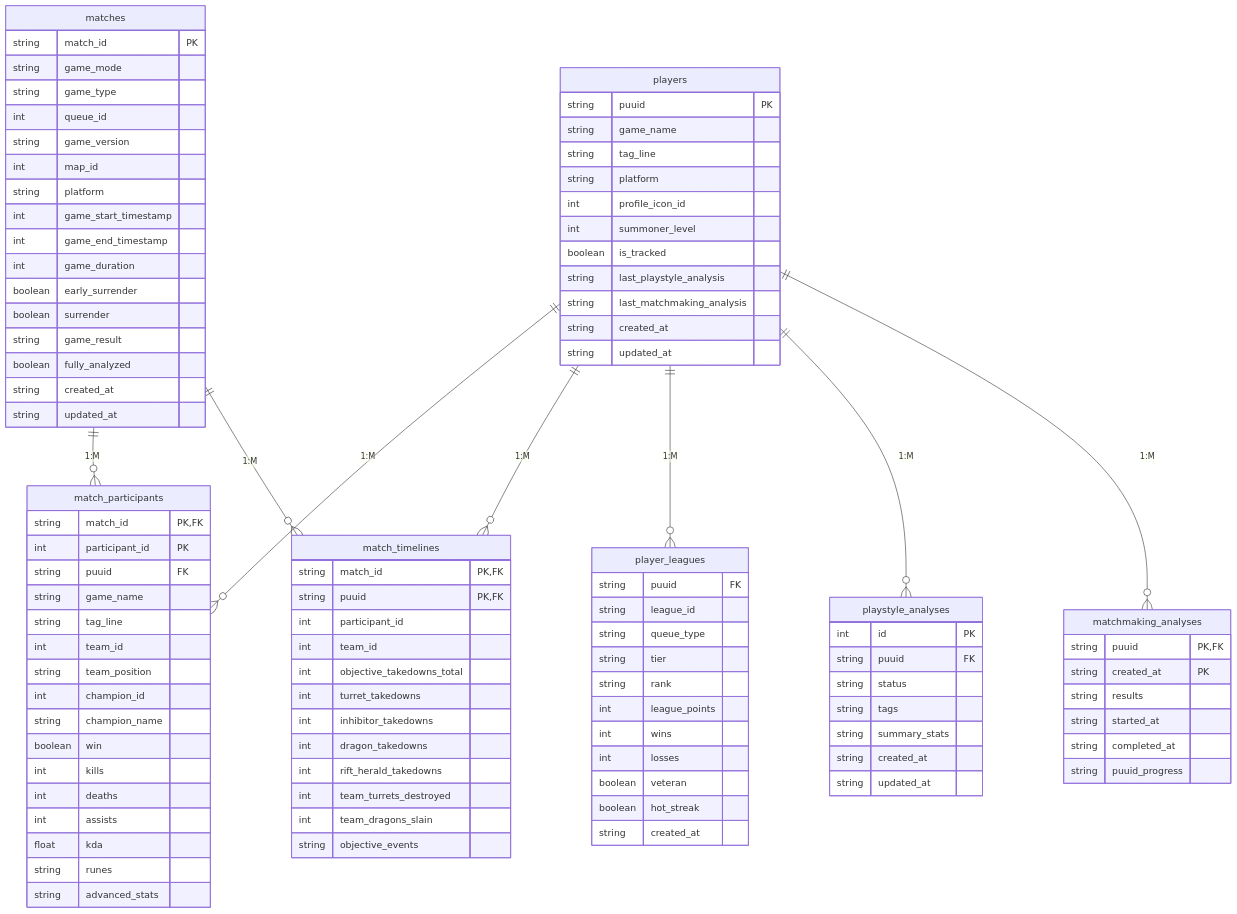
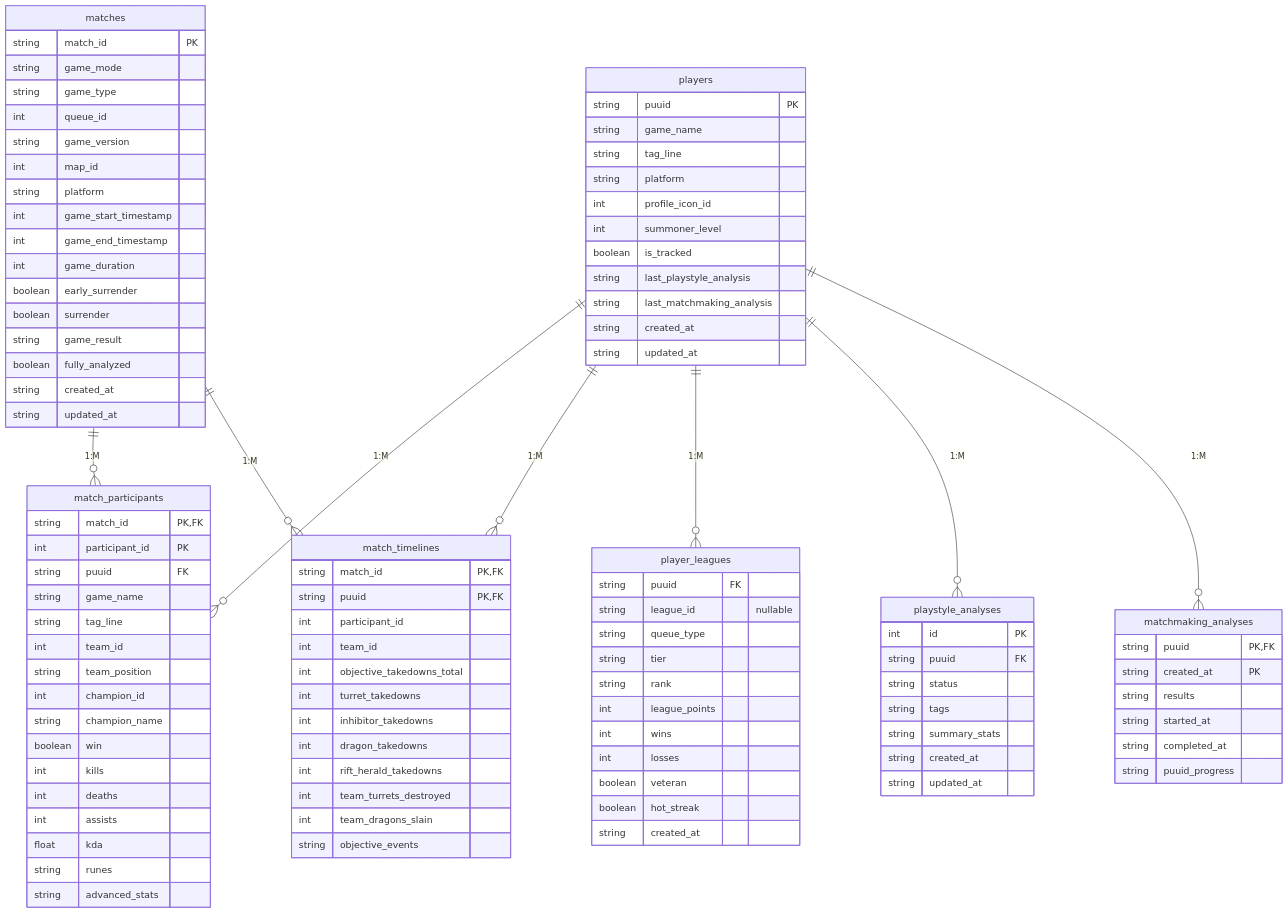
One commit to matejkadlec/league-analysis changed the second of 3 diagrams in docs/database.md. Above: the diagram before and after it, drawn with Mermaid. The commit also changed other lines of this file and 23 other files, not shown here.

```diff
--- a/docs/database.md
+++ b/docs/database.md
@@ -188,7 +188,7 @@
 
     player_leagues {
         string puuid FK
-        string league_id
+        string league_id "nullable"
         string queue_type
         string tier
         string rank
```
